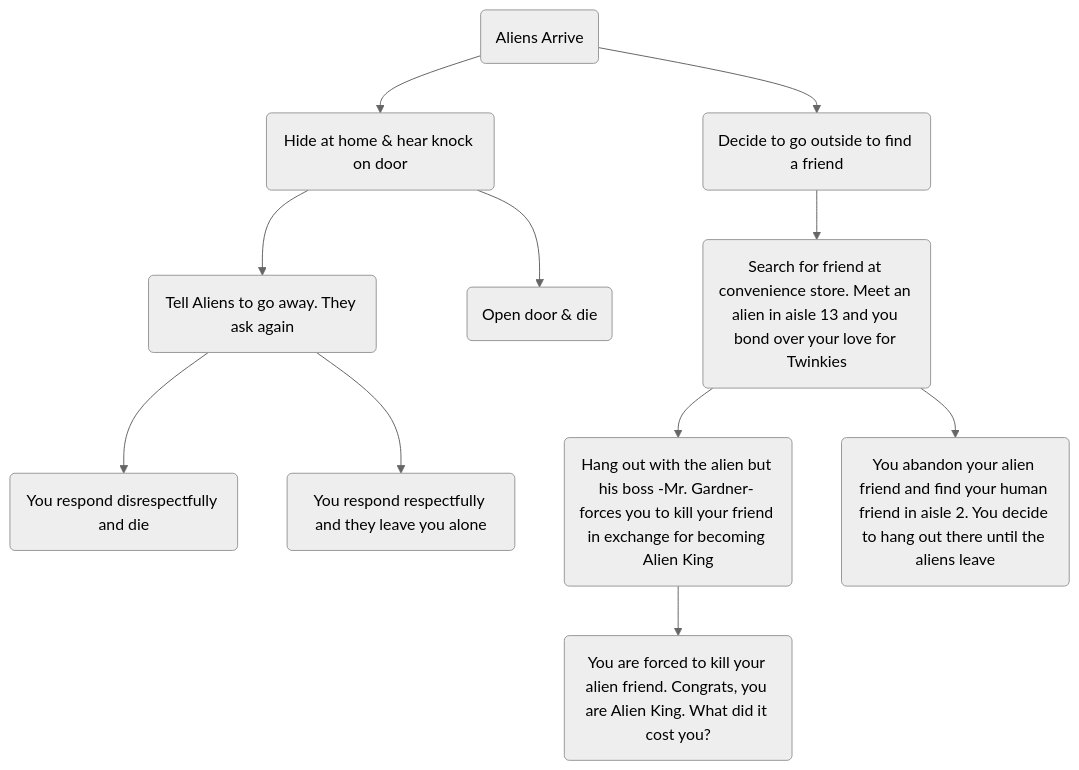
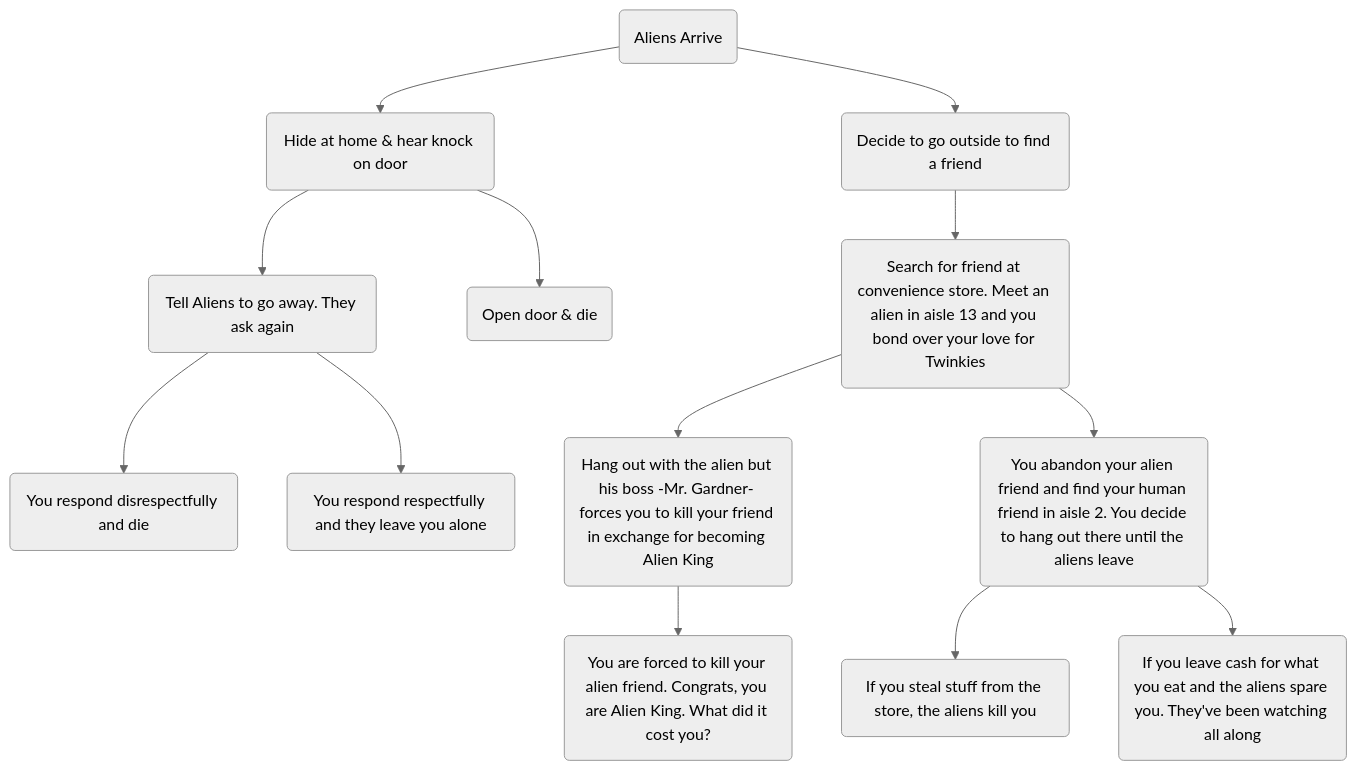
Before and after one commit to byidnekachew/InteractiveStoryProject: the diagram in flowchart.md, drawn with Mermaid (neutral theme). The commit also changed 2 other files, not shown here.

Commit message:
More code

````diff
--- a/flowchart.md
+++ b/flowchart.md
@@ -1,20 +1,22 @@
 ``` mermaid
 flowchart TD;
 A(Aliens Arrive)-->B(Hide at home & hear knock on door)
 
 B-->D(Tell Aliens to go away. They ask again)
 D-->G(You respond disrespectfully and die)
 D-->H(You respond respectfully and they leave you alone)
 
 B-->Z(Open door & die)
 
 
 A-->C(Decide to go outside to find a friend)
 
 C-->E(Search for friend at convenience store. Meet an alien in aisle 13 and you bond over your love for Twinkies)
 E-->I(Hang out with the alien but his boss -Mr. Gardner- forces you to kill your friend in exchange for becoming Alien King)
 E-->X(You abandon your alien friend and find your human friend in aisle 2. You decide to hang out there until the aliens leave)
 I-->J(You are forced to kill your alien friend. Congrats, you are Alien King. What did it cost you?)
 
+X-->O(If you steal stuff from the store, the aliens kill you)
+X-->Y(If you leave cash for what you eat and the aliens spare you. They've been watching all along)
 
 ```
````
